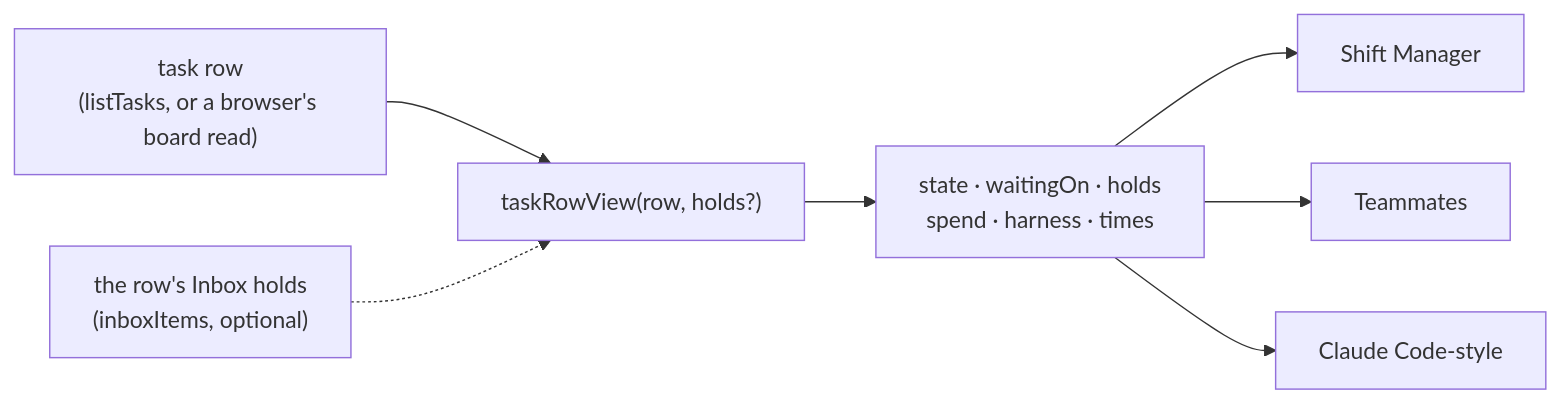
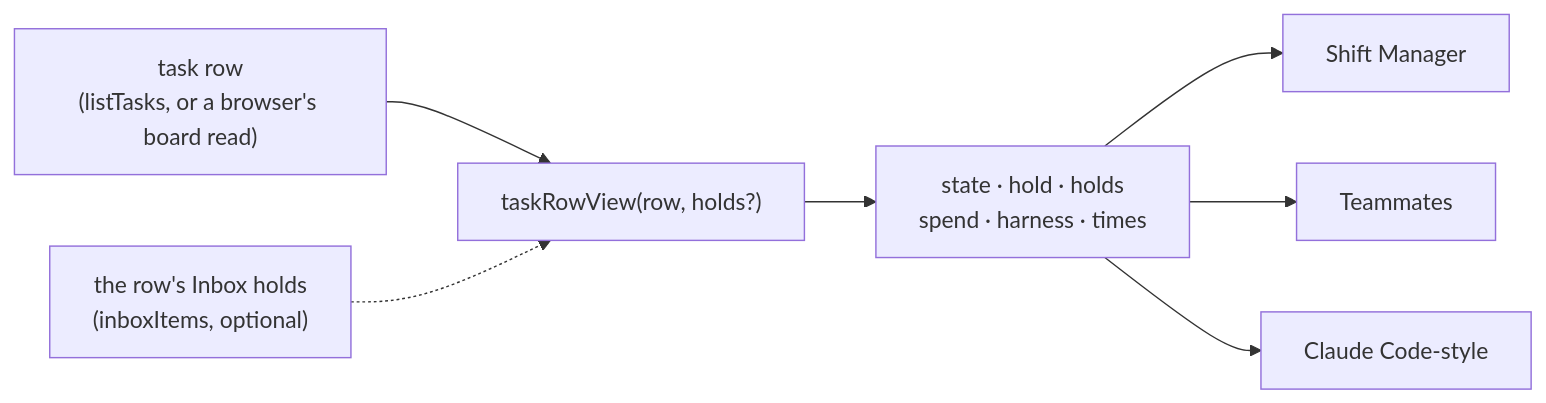
One commit to fixpoint-labs/flow-state-dev changed the diagram in specs/issues/FIX-2379/SPEC.md. Above: the diagram before and after it, drawn with Mermaid. The commit also changed other lines of this file and 1 other file, not shown here.

First line of the commit message:
spec(FIX-2379): name the view's field `hold`; `waitingOn` is retired

````diff
--- a/specs/issues/FIX-2379/SPEC.md
+++ b/specs/issues/FIX-2379/SPEC.md
@@ -30,9 +30,9 @@
 ```mermaid
 flowchart LR
   R["task row<br/>(listTasks, or a browser's board read)"] --> V["taskRowView(row, holds?)"]
   H["the row's Inbox holds<br/>(inboxItems, optional)"] -.-> V
-  V --> S["state · waitingOn · holds<br/>spend · harness · times"]
+  V --> S["state · hold · holds<br/>spend · harness · times"]
   S --> SM["Shift Manager"]
   S --> TM["Teammates"]
   S --> CC["Claude Code-style"]
 ```
````
